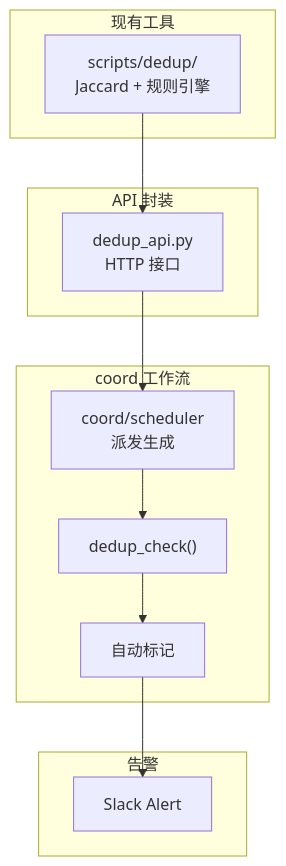
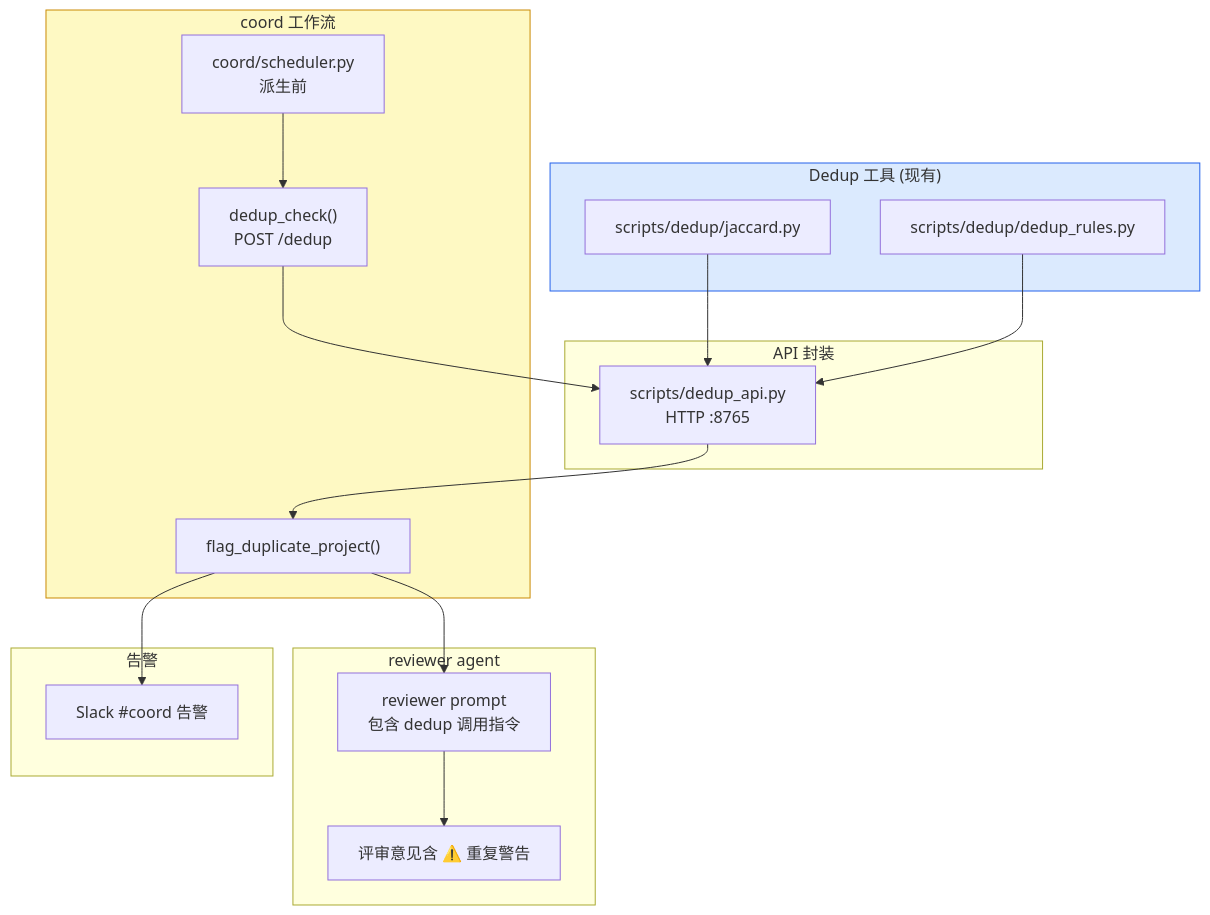
Before and after one commit to MMXC/vibex: the first of 3 diagrams in docs/vibex-internal-tools/architecture.md, drawn with Mermaid. The commit also changed other lines of this file and 11 other files, not shown here.

````diff
--- a/docs/vibex-internal-tools/architecture.md
+++ b/docs/vibex-internal-tools/architecture.md
@@ -30,24 +39,38 @@
 ```mermaid
 flowchart TB
-    subgraph Existing["现有工具"]
-        D["scripts/dedup/<br/>Jaccard + 规则引擎"]
+    subgraph Dedup["Dedup 工具 (现有)"]
+        J["scripts/dedup/jaccard.py"]
+        R["scripts/dedup/dedup_rules.py"]
     end
 
     subgraph Wrapper["API 封装"]
-        API["dedup_api.py<br/>HTTP 接口"]
+        API["scripts/dedup_api.py<br/>HTTP :8765"]
     end
 
     subgraph Coord["coord 工作流"]
-        C["coord/scheduler<br/>派发生成"]
-        DUP["dedup_check()"]
-        FLAG["自动标记"]
+        SCH["coord/scheduler.py<br/>派生前"]
+        CHECK["dedup_check()<br/>POST /dedup"]
+        FLAG["flag_duplicate_project()"]
+    end
+
+    subgraph Reviewer["reviewer agent"]
+        RP["reviewer prompt<br/>包含 dedup 调用指令"]
+        RO["评审意见含 ⚠️ 重复警告"]
     end
 
     subgraph Alert["告警"]
-        A["Slack Alert"]
+        SA["Slack #coord 告警"]
     end
 
-    D --> API --> C
-    C --> DUP --> FLAG
-    FLAG --> A
+    J --> API
+    R --> API
+    SCH --> CHECK
+    CHECK --> API
+    API --> FLAG
+    FLAG --> SA
+    FLAG --> RP
+    RP --> RO
+
+    style Dedup fill:#DBEAFE,stroke:#2563EB
+    style Coord fill:#FEF9C3,stroke:#CA8A04
 ```
````
